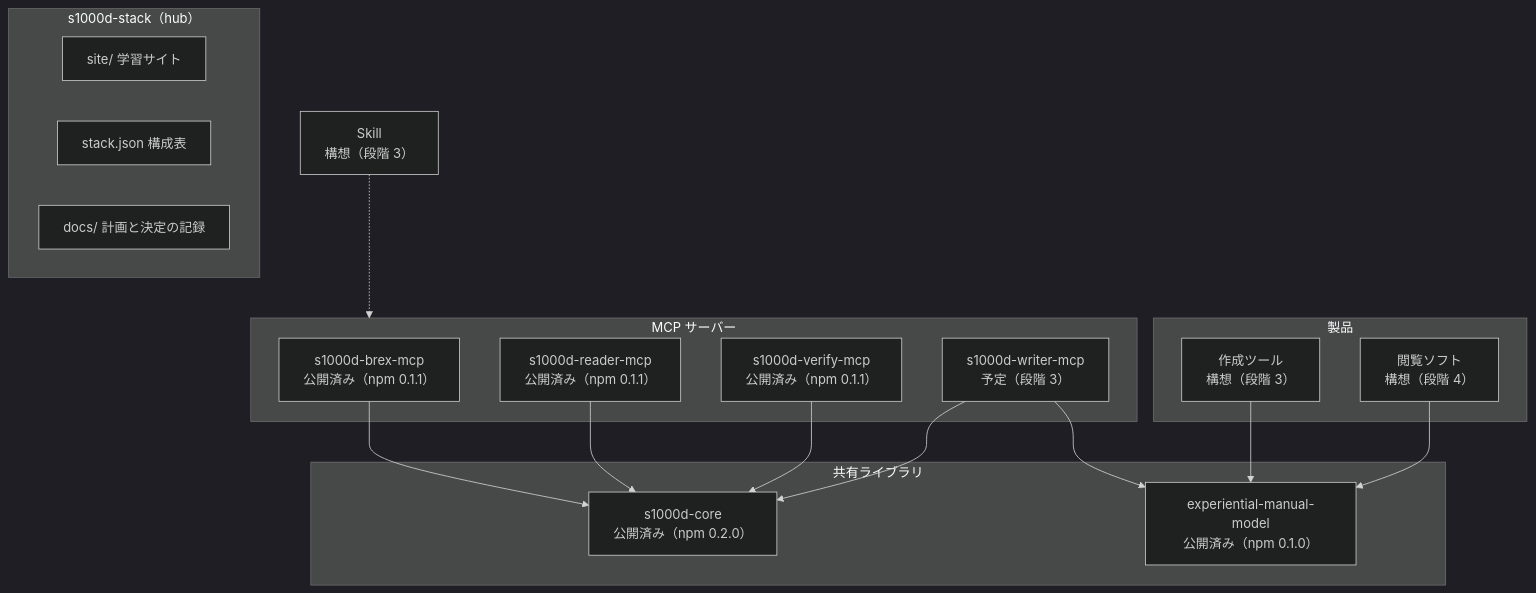
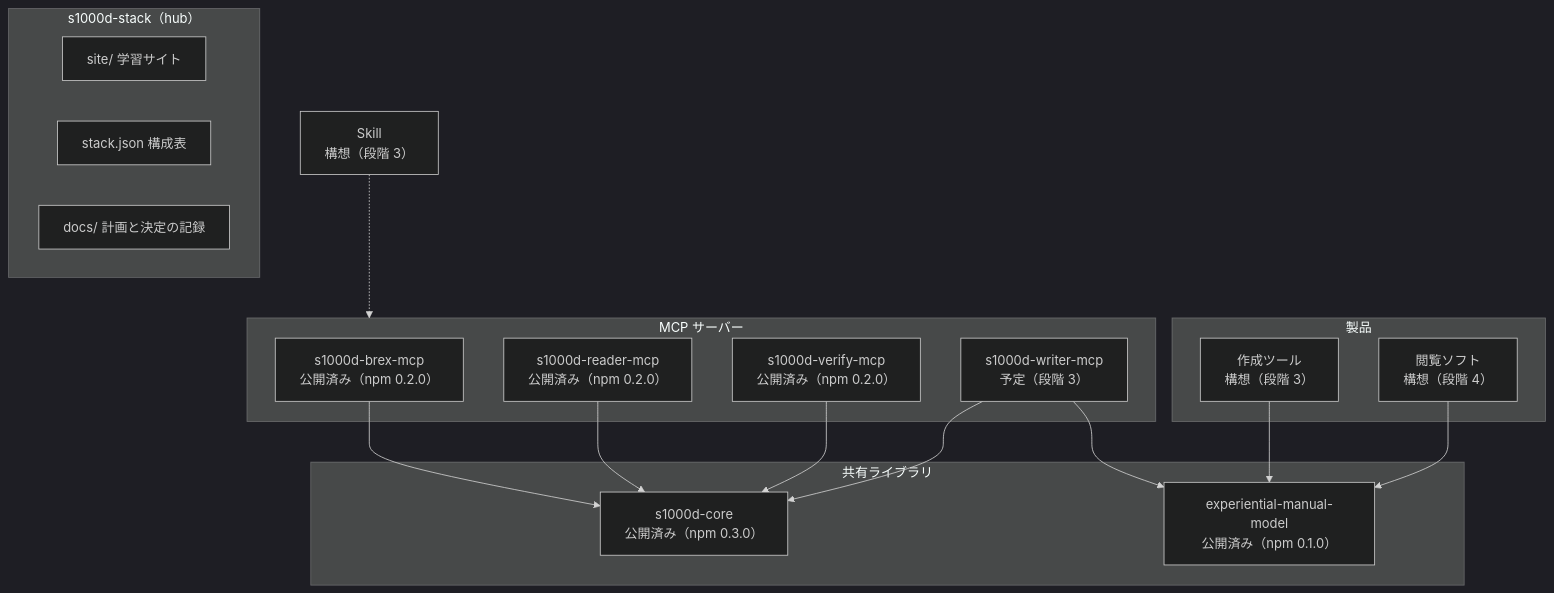
The diagram in site/src/content/docs/ja/guide/architecture.md (shuji-bonji/s1000d-stack), drawn with Mermaid (dark theme) before and after one commit. The commit also changed other lines of this file and 15 other files, not shown here.

First line of the commit message:
site: 修正提案と NOTATION の照合の修正を反映し、版を core 0.3.0・MCP 0.2.0 に揃える

````diff
--- a/site/src/content/docs/ja/guide/architecture.md
+++ b/site/src/content/docs/ja/guide/architecture.md
@@ -10,31 +10,31 @@
 ```mermaid
 flowchart TB
   subgraph Hub["s1000d-stack（hub）"]
     SITE["site/ 学習サイト"]
     STACK["stack.json 構成表"]
     DOCS["docs/ 計画と決定の記録"]
   end
   subgraph Lib["共有ライブラリ"]
-    CORE["s1000d-core<br/>公開済み（npm 0.2.0）"]
+    CORE["s1000d-core<br/>公開済み（npm 0.3.0）"]
     MODEL["experiential-manual-model<br/>公開済み（npm 0.1.0）"]
   end
   subgraph Mcp["MCP サーバー"]
-    BREX["s1000d-brex-mcp<br/>公開済み（npm 0.1.1）"]
-    R["s1000d-reader-mcp<br/>公開済み（npm 0.1.1）"]
-    V["s1000d-verify-mcp<br/>公開済み（npm 0.1.1）"]
+    BREX["s1000d-brex-mcp<br/>公開済み（npm 0.2.0）"]
+    R["s1000d-reader-mcp<br/>公開済み（npm 0.2.0）"]
+    V["s1000d-verify-mcp<br/>公開済み（npm 0.2.0）"]
     W["s1000d-writer-mcp<br/>予定（段階 3）"]
   end
   subgraph App["製品"]
     ED["作成ツール<br/>構想（段階 3）"]
     VW["閲覧ソフト<br/>構想（段階 4）"]
   end
   SK["Skill<br/>構想（段階 3）"]
   BREX --> CORE
   R --> CORE
   V --> CORE
   W --> CORE
   W --> MODEL
   ED --> MODEL
   VW --> MODEL
   SK -.-> Mcp
 ```
````
